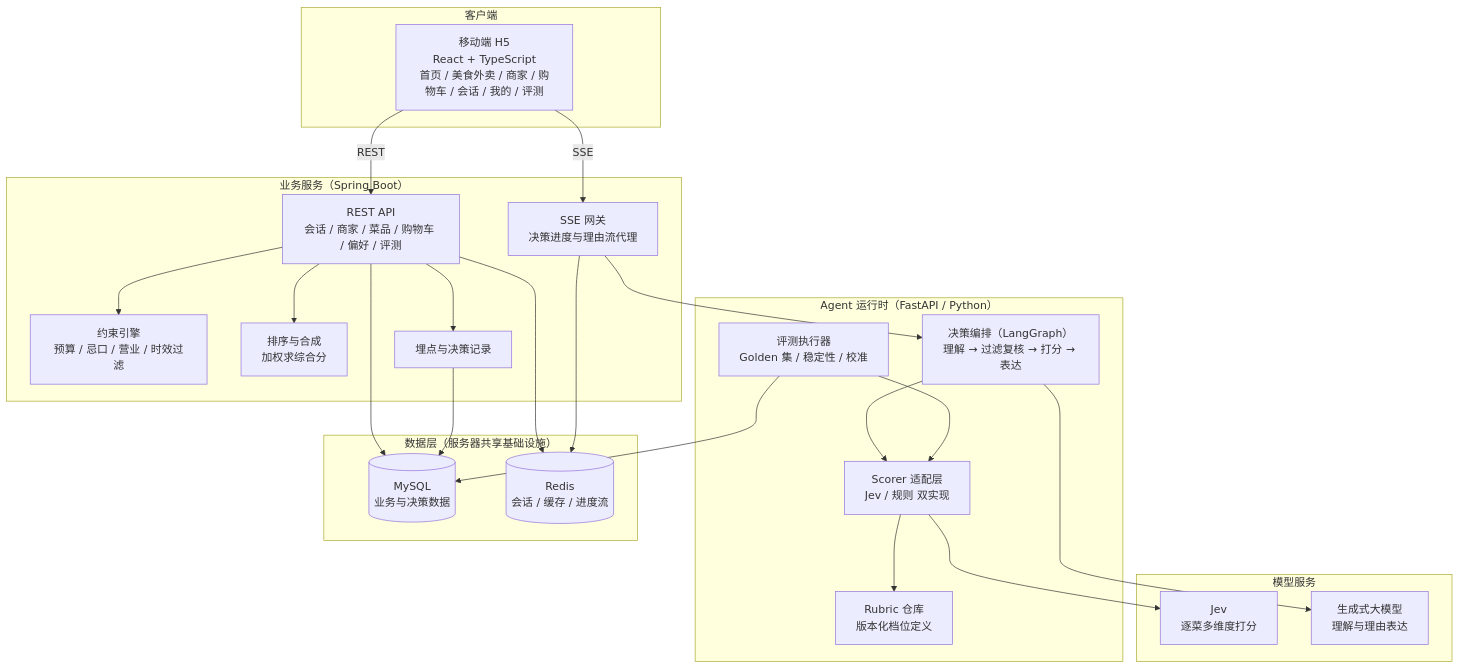
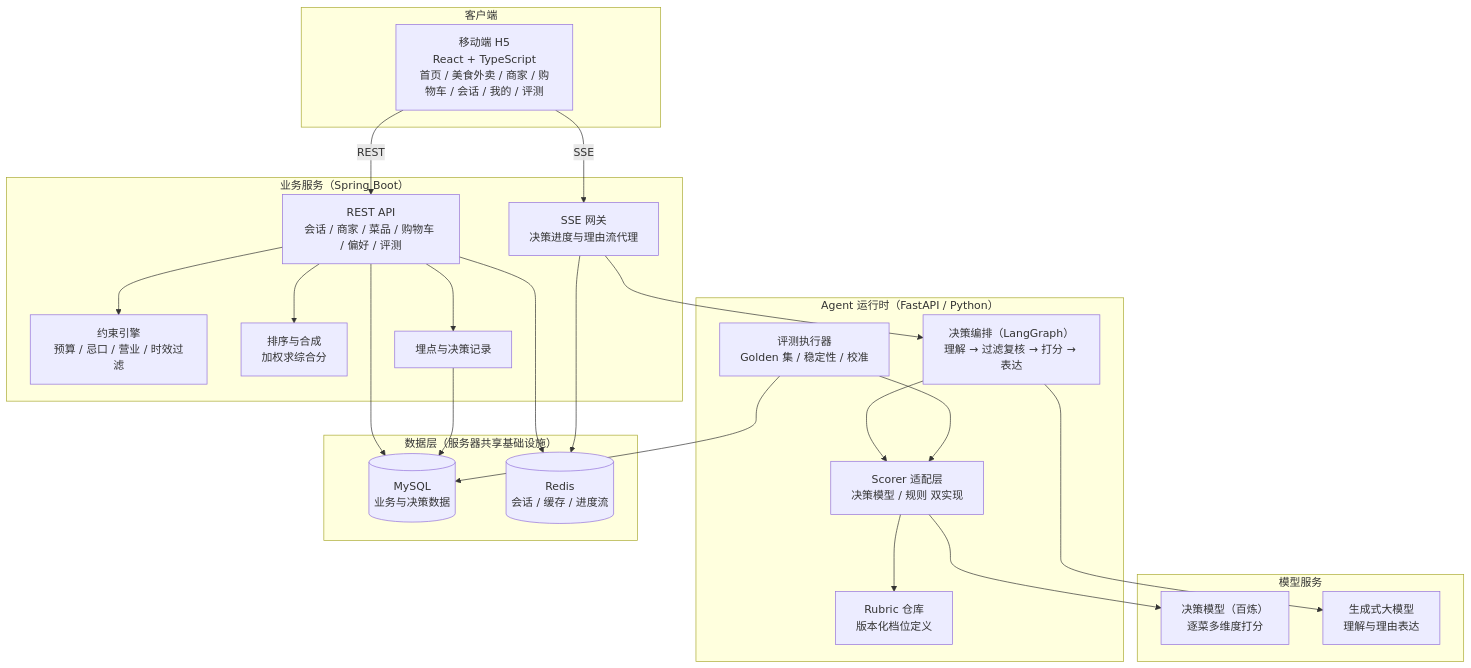
The first of 7 diagrams in docs/tech-design.md (yanghheda/mealmind), drawn with Mermaid before and after one commit. The commit also changed other lines of this file and 2 other files, not shown here.

````diff
--- a/docs/tech-design.md
+++ b/docs/tech-design.md
@@ -58,48 +58,48 @@
 ```mermaid
 graph TB
     subgraph Client["客户端"]
         H5["移动端 H5<br/>React + TypeScript<br/>首页 / 美食外卖 / 商家 / 购物车 / 会话 / 我的 / 评测"]
     end
 
     subgraph Biz["业务服务（Spring Boot）"]
         API["REST API<br/>会话 / 商家 / 菜品 / 购物车 / 偏好 / 评测"]
         SSE["SSE 网关<br/>决策进度与理由流代理"]
         RULE["约束引擎<br/>预算 / 忌口 / 营业 / 时效过滤"]
         RANK["排序与合成<br/>加权求综合分"]
         TRACK["埋点与决策记录"]
     end
 
     subgraph Agent["Agent 运行时（FastAPI / Python）"]
         ORCH["决策编排（LangGraph）<br/>理解 → 过滤复核 → 打分 → 表达"]
-        SCORER["Scorer 适配层<br/>Jev / 规则 双实现"]
+        SCORER["Scorer 适配层<br/>决策模型 / 规则 双实现"]
         RUBRIC["Rubric 仓库<br/>版本化档位定义"]
         EVAL["评测执行器<br/>Golden 集 / 稳定性 / 校准"]
     end
 
     subgraph Data["数据层（服务器共享基础设施）"]
         DB[("MySQL<br/>业务与决策数据")]
         REDIS[("Redis<br/>会话 / 缓存 / 进度流")]
     end
 
     subgraph Model["模型服务"]
-        JEV["Jev<br/>逐菜多维度打分"]
+        DECISION["决策模型（百炼）<br/>逐菜多维度打分"]
         LLM["生成式大模型<br/>理解与理由表达"]
     end
 
     H5 -->|"REST"| API
     H5 -->|"SSE"| SSE
     API --> RULE
     API --> RANK
     API --> TRACK
     SSE --> ORCH
     ORCH --> SCORER
     SCORER --> RUBRIC
-    SCORER --> JEV
+    SCORER --> DECISION
     ORCH --> LLM
     API --> DB
     TRACK --> DB
     API --> REDIS
     SSE --> REDIS
     EVAL --> SCORER
     EVAL --> DB
 ```
````
